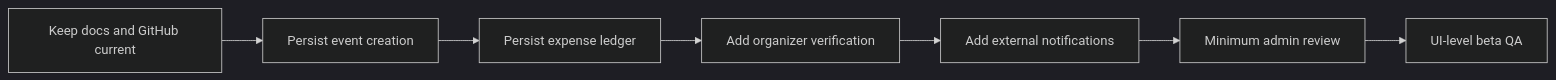
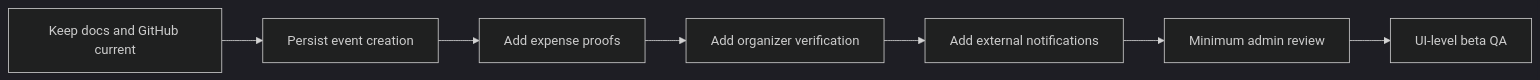
The fourth of 4 diagrams in docs/project-architecture-brief-v0.1.md (moirakk/GatherUp), drawn with Mermaid (dark theme) before and after one commit. The commit also changed other lines of this file and 8 other files, not shown here.

````diff
--- a/docs/project-architecture-brief-v0.1.md
+++ b/docs/project-architecture-brief-v0.1.md
@@ -238,9 +239,9 @@
 ```mermaid
 flowchart LR
   A["Keep docs and GitHub current"] --> B["Persist event creation"]
-  B --> C["Persist expense ledger"]
+  B --> C["Add expense proofs"]
   C --> D["Add organizer verification"]
   D --> E["Add external notifications"]
   E --> F["Minimum admin review"]
   F --> G["UI-level beta QA"]
 ```
````
